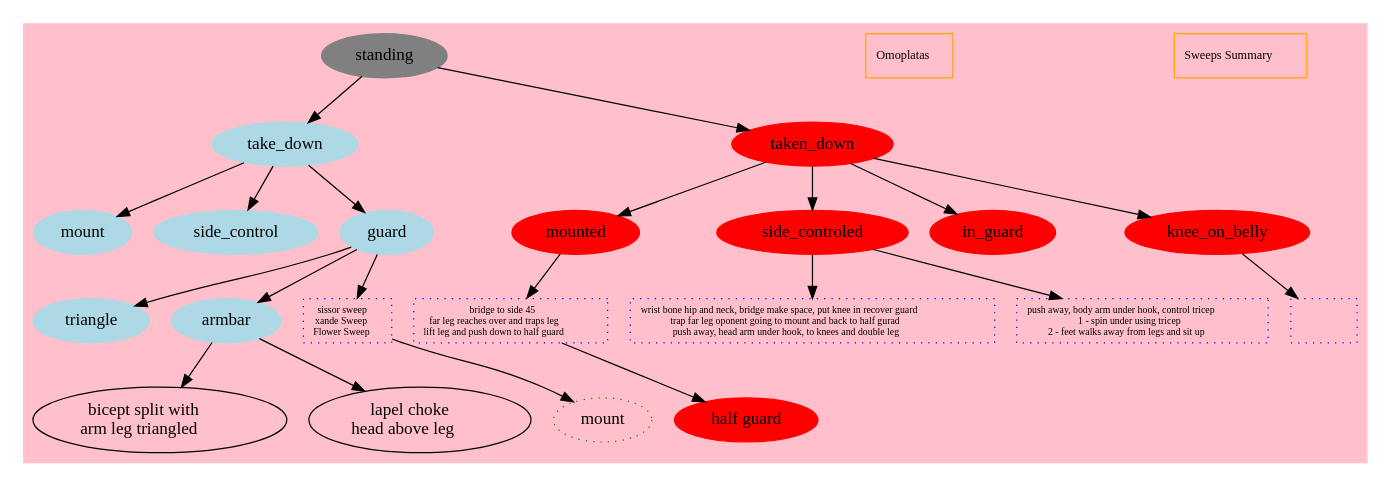
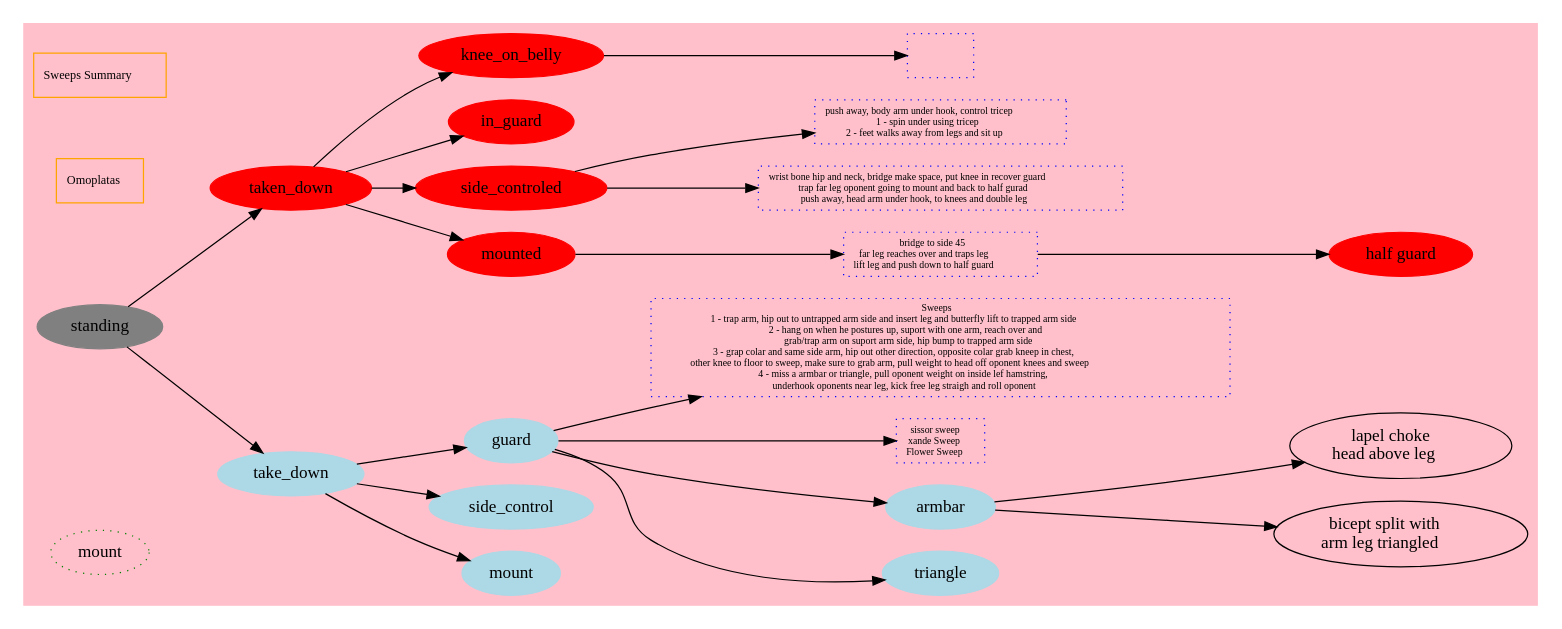
One commit to carltonj2000/jujitsu changed the diagram in jujitsu-moves.dot. Above: the diagram before and after it, drawn with Graphviz. The commit also changed 2 other files, not shown here.

Commit message:
add more sweeps from the guard

```diff
--- a/jujitsu-moves.dot
+++ b/jujitsu-moves.dot
@@ -1,118 +1,146 @@
 digraph G {
+    graph [ rankdir = "LR" ];
     subgraph cluster0 {
         sweepsummary [
             href="https://www.youtube.com/watch?v=cxc6uoaso7Q", 
             shape=box,
             color=orange,
             fontsize=10, 
             label=< <table border="0" cellspacing="0" cellborder="0" cellpadding="0">
             <tr><td>Sweeps Summary</td></tr>
             </table> >
         ];  
 
         omoplata1 [
             href="https://www.youtube.com/watch?v=tfvEGtSCIRI", 
             shape=box,
             color=orange,
             fontsize=10, 
             label=< <table border="0" cellspacing="0" cellborder="0" cellpadding="0">
             <tr><td>Omoplatas</td></tr>
             </table> >
         ];  
 
         style=filled;
         color=pink;
         standing [style=filled,color=gray];
         standing -> take_down;
         standing-> taken_down;
         take_down [style=filled,color=lightblue];
         taken_down [style=filled,color=red];
         taken_down -> mounted;
         taken_down -> side_controled;
         taken_down -> in_guard;
         taken_down -> knee_on_belly;
         knee_on_belly [style=filled,color=red];
-       knee_on_belly -> knee_on_bellyd;
+        knee_on_belly -> knee_on_bellyd;
         knee_on_bellyd [
             href="https://www.youtube.com/watch?v=S_vtppaNxoc", 
             shape=box,
             color=blue,
             style=dotted,
             fontsize=8, 
             label=< <table border="0" cellspacing="0" cellborder="0" cellpadding="0">
             <tr><td></td></tr>
             <tr><td></td></tr>
             <tr><td></td></tr>
             </table> >
         ];          mounted [style=filled,color=red];
         mounted -> halfguardd -> halfguard;
         halfguard [label="half guard",style=filled, color=red];
         halfguardd [
             href="https://www.youtube.com/watch?v=q2OAJF__P2w", 
             shape=box,
             color=blue,
             style=dotted,
             fontsize=8, 
             label=< <table border="0" cellspacing="0" cellborder="0" cellpadding="0">
             <tr><td>bridge to side 45</td></tr>
             <tr><td>far leg reaches over and traps leg</td></tr>
             <tr><td>lift leg and push down to half guard</td></tr>
             </table> >
         ];        
         side_controled [style=filled,color=red];
         side_controled -> side_controledd;
         side_controled -> side_controledd2;
         side_controledd [
             href="https://www.youtube.com/watch?v=S_vtppaNxoc", 
             shape=box,
             color=blue,
             style=dotted,
             fontsize=8, 
             label=< <table border="0" cellspacing="0" cellborder="0" cellpadding="0">
             <tr><td>wrist bone hip and neck, bridge make space, put knee in recover guard</td></tr>
             <tr><td>trap far leg oponent going to mount and back to half gurad</td></tr>
             <tr><td>push away, head arm under hook, to knees and double leg</td></tr>
             </table> >
         ];  
        side_controledd2 [
             href="https://www.youtube.com/watch?v=6ZKFobk8vOQ", 
             shape=box,
             color=blue,
             style=dotted,
             fontsize=8, 
             label=< <table border="0" cellspacing="0" cellborder="0" cellpadding="0">
             <tr><td>push away, body arm under hook, control tricep</td></tr>
             <tr><td>1 - spin under using tricep</td></tr>
             <tr><td>2 - feet walks away from legs and sit up</td></tr>
             </table> >
-        ];        in_guard [style=filled,color=red];
+        ];        
+        in_guard [style=filled,color=red];
         take_down -> mount;
         take_down -> side_control;
         take_down -> guard;
         mount [style=filled,color=lightblue];
         side_control [style=filled,color=lightblue];
         guard [style=filled,color=lightblue];
         guard -> triangle;
         triangle [style=filled,color=lightblue];
         guard -> armbar;
         armbar [style=filled,color=lightblue];
-        guard -> sweepSissor -> mounte1;
+        guard -> sweepSissor;
+        guard -> sweep2;
         sweepSissor [
             href="https://www.youtube.com/watch?v=HHs1ftjayUw", 
             shape=box,
             color=blue,
             style=dotted,
             fontsize=8, 
             label=< <table border="0" cellspacing="0" cellborder="0" cellpadding="0">
             <tr><td>sissor sweep</td></tr>
             <tr><td>xande Sweep</td></tr>
             <tr><td>Flower Sweep</td></tr>
             </table> >
         ];
+        sweep2 [
+            href="https://www.youtube.com/watch?v=qp5AXBHxQec", 
+            shape=box,
+            color=blue,
+            style=dotted,
+            fontsize=8, 
+            label=< <table border="0" cellspacing="0" cellborder="0" cellpadding="0">
+            <tr><td>Sweeps</td></tr>
+            <tr><td>1 - trap arm, hip out to untrapped arm side and insert leg and butterfly lift to trapped arm side </td></tr>
+            <tr><td>2 - hang on when he postures up, suport with one arm, reach over and </td></tr>
+            <tr><td>grab/trap arm on suport arm side, hip bump to trapped arm side</td></tr>
+            <tr><td>
+              3 - grap colar and same side arm, hip out other direction, opposite colar grab kneep in chest,
+            </td></tr>
+            <tr><td>
+             other knee to floor to sweep, make sure to grab arm, pull weight to head off oponent knees and sweep
+            </td></tr>
+            <tr><td>
+              4 - miss a armbar or triangle, pull oponent weight on inside lef hamstring,
+            </td></tr>
+            <tr><td>
+             underhook oponents near leg, kick free leg straigh and roll oponent
+            </td></tr>
+            </table> >
+        ];
         mounte1 [style=dotted,color=green, label=mount];
         armbar -> ltr;
         ltr [label=<bicept split with<br/> arm leg triangled>];
         armbar -> choke
         choke [label=<lapel choke<br/> head above leg>];
     }
 }
```
